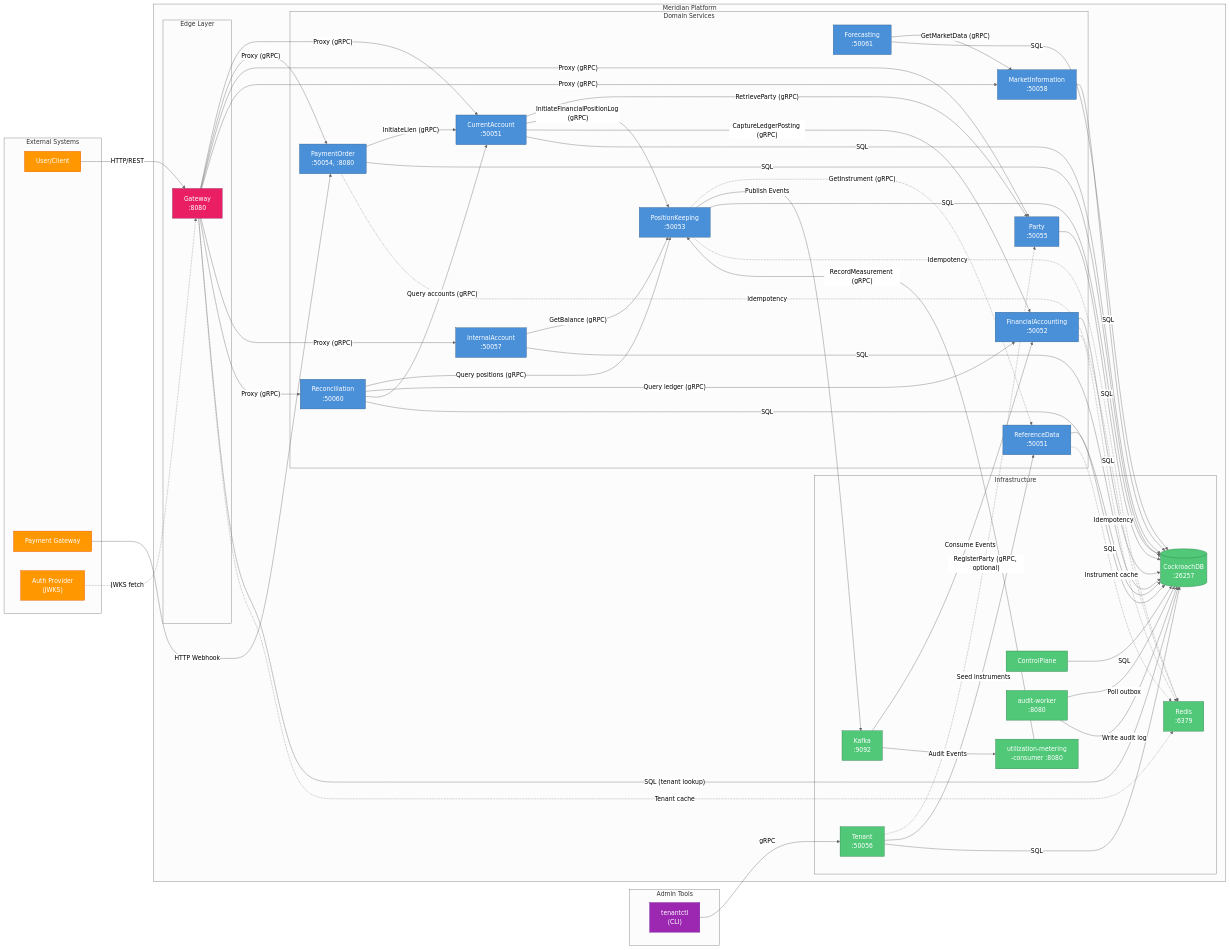
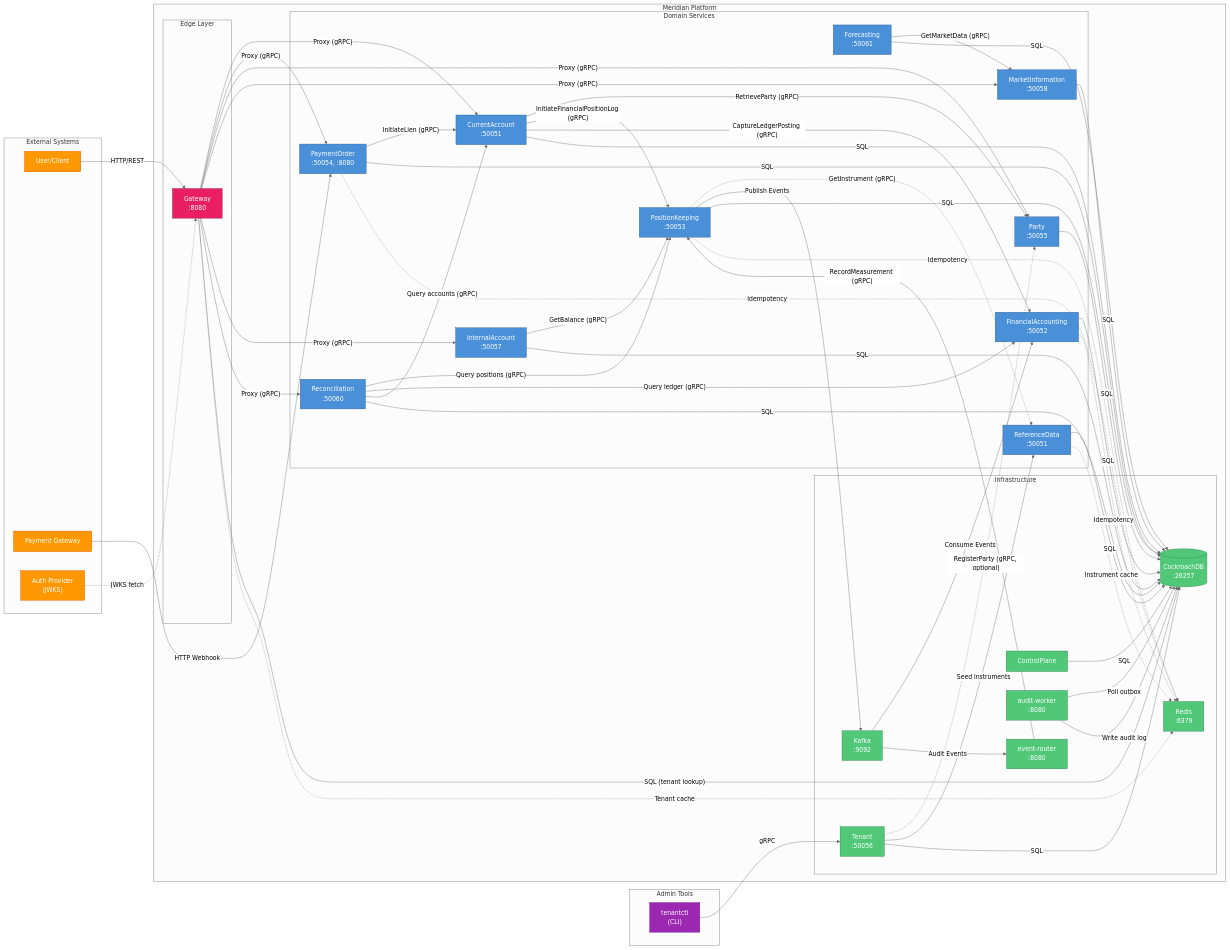
One commit to meridianhub/meridian changed the first of 3 diagrams in services/README.md. Above: the diagram before and after it, drawn with Mermaid (neutral theme). The commit also changed other lines of this file and 4 other files, not shown here.

First line of the commit message:
refactor: Update K8s manifests, Tiltfile, and docs for event-router rename

```diff
--- a/services/README.md
+++ b/services/README.md
@@ -41,7 +41,7 @@
             Tenant["Tenant<br/>:50056"]
             CP["ControlPlane"]
             AW["audit-worker<br/>:8080"]
-            UMC["utilization-metering<br/>-consumer :8080"]
+            UMC["event-router<br/>:8080"]
             DB[("CockroachDB<br/>:26257")]
             Kafka["Kafka<br/>:9092"]
             Redis["Redis<br/>:6379"]
```
